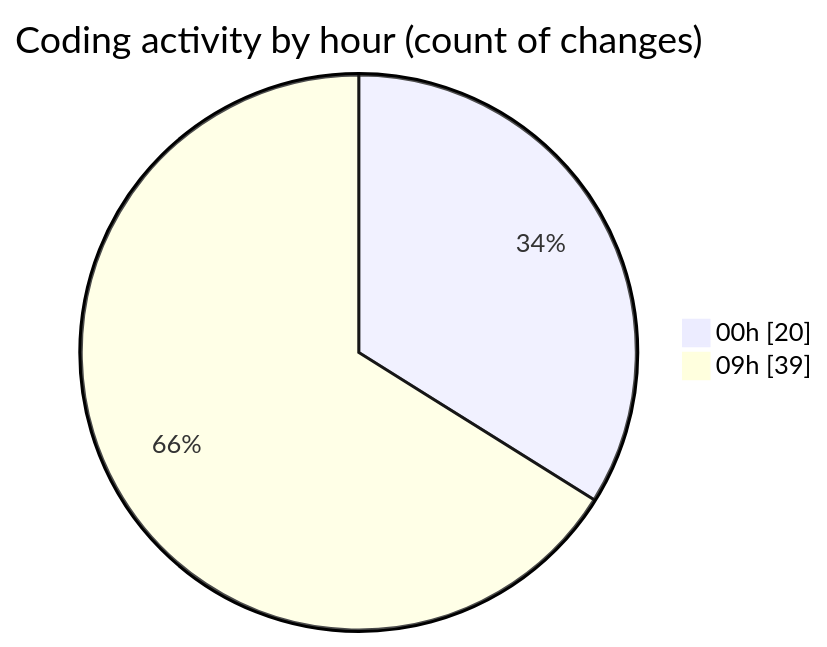
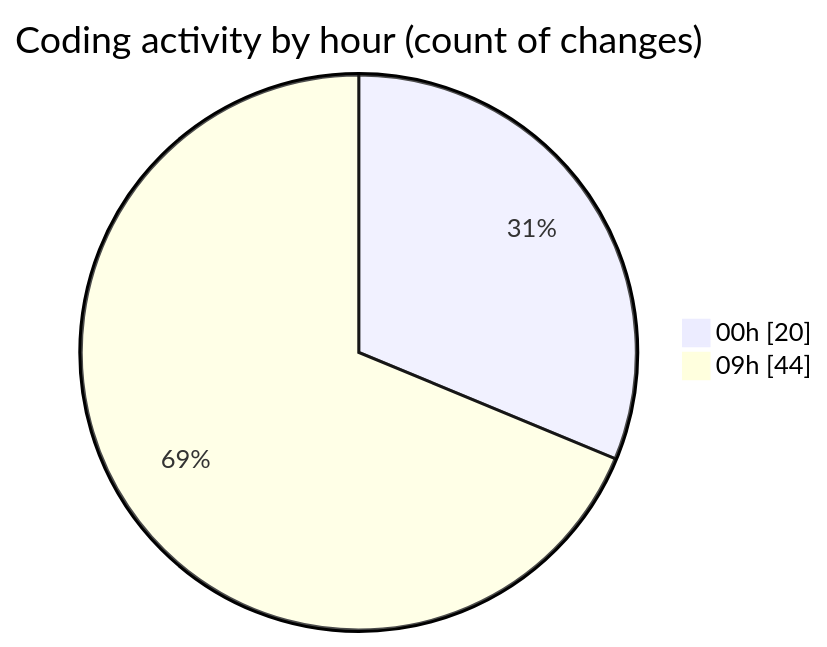
The second of 2 diagrams in 2025-03-19/cda/README.md (momahboobian/code-tracking), drawn with Mermaid before and after one commit. The commit also changed other lines of this file and 1 other file, not shown here.

````diff
--- a/2025-03-19/cda/README.md
+++ b/2025-03-19/cda/README.md
@@ -32,6 +32,6 @@
 ```mermaid
 pie showData
 title Coding activity by hour (count of changes)
 "00h" : 20
-"09h" : 39
+"09h" : 44
 ```
````
